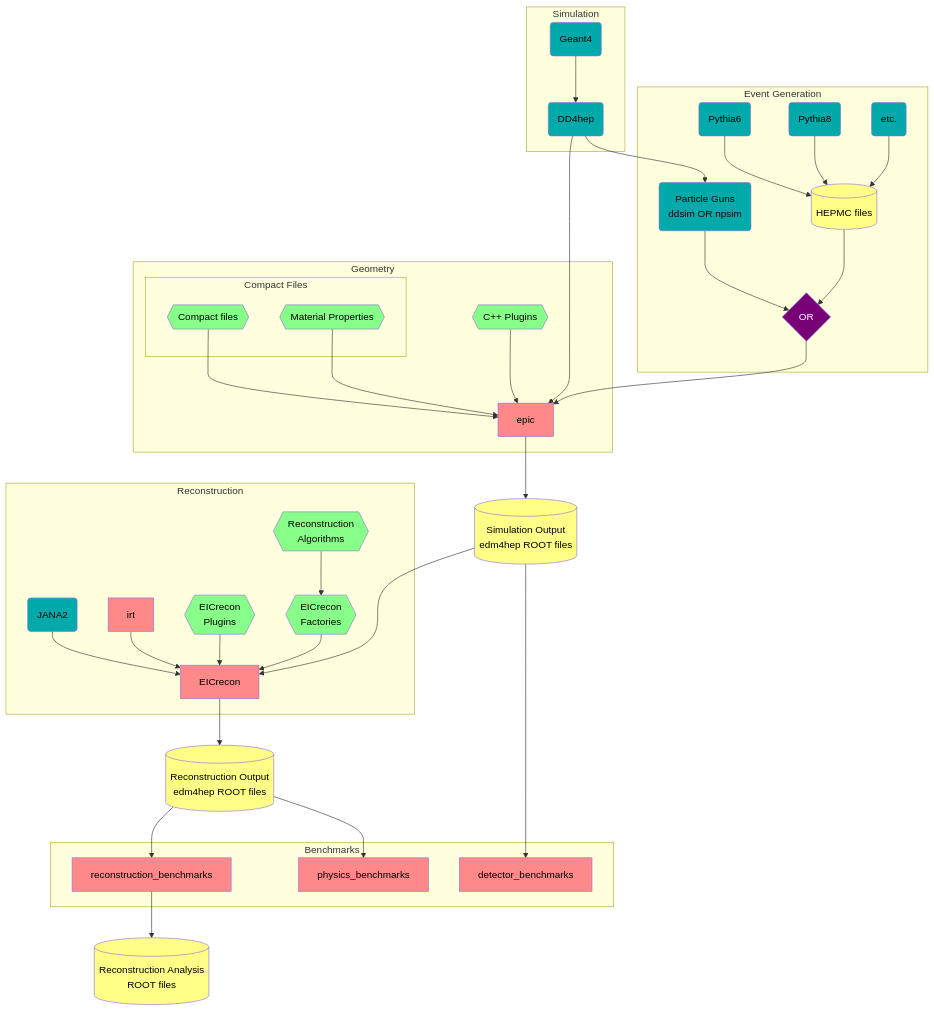
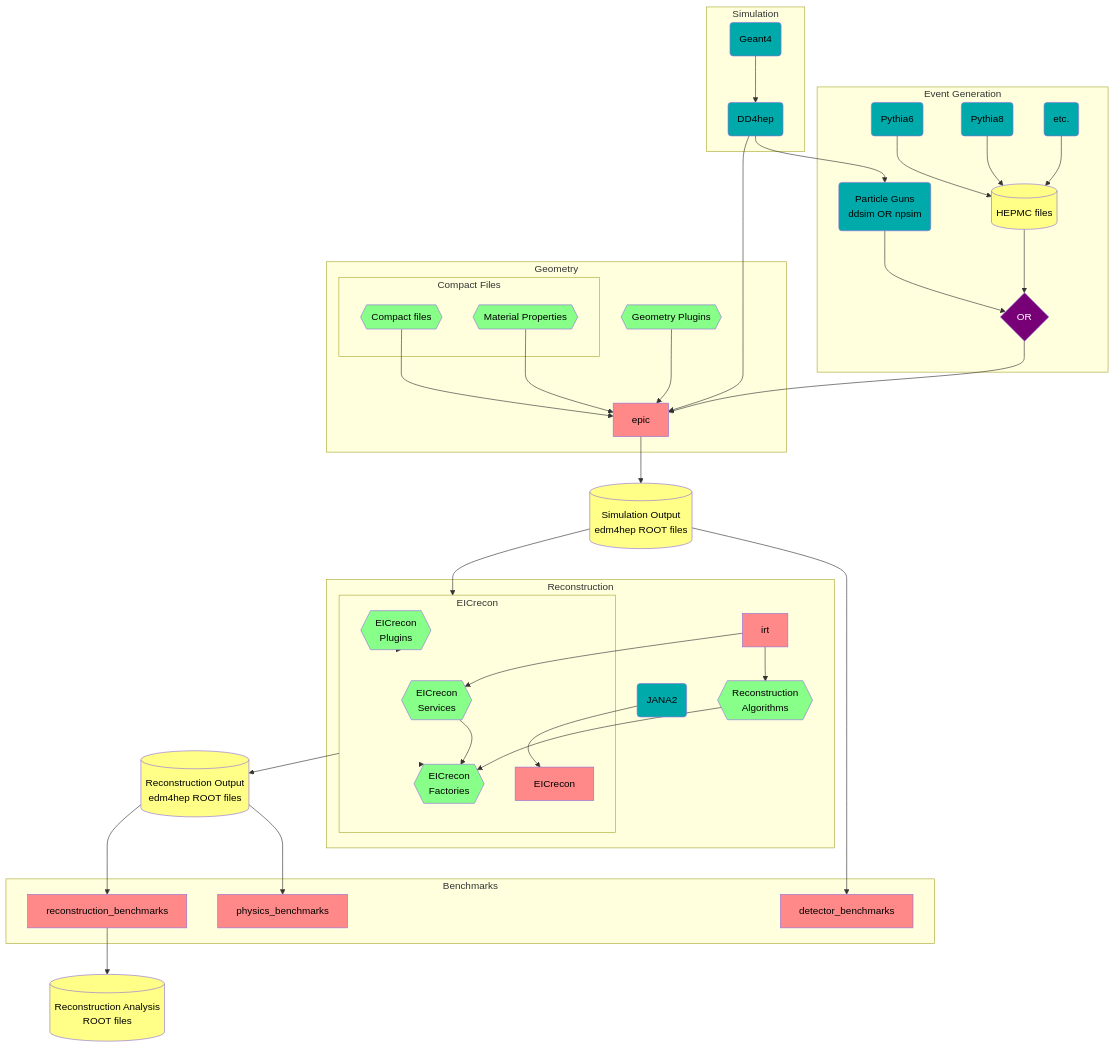
The third of 3 diagrams in README.md (eic/drich-dev), drawn with Mermaid before and after one commit.

Commit message:
modified:   README.md

````diff
--- a/README.md
+++ b/README.md
@@ -228,73 +228,78 @@
 ```mermaid
 flowchart TB
   classDef epic fill:#ff8888,color:black
   classDef dep fill:#00aaaa,color:black
   classDef obj fill:#88ff88,color:black
   classDef data fill:#ffff88,color:black
   classDef op fill:#770077,color:white
 
   subgraph Event Generation
     Pythia6(Pythia6):::dep
     Pythia8(Pythia8):::dep
     OtherGen(etc.):::dep
     Hepmc[(HEPMC files)]:::data
     Gun(Particle Guns<br/>ddsim OR npsim):::dep
     GenOR{OR}:::op
   end
   Pythia6  --> Hepmc
   Pythia8  --> Hepmc
   OtherGen --> Hepmc
   Hepmc    --> GenOR
   Gun      --> GenOR
 
   subgraph Simulation
     DD4hep(DD4hep):::dep
     Geant(Geant4):::dep
   end
   Geant --> DD4hep
 
   subgraph Geometry
     Epic[epic]:::epic
     subgraph Compact Files
       DDCompact{{Compact files}}:::obj
       DDMat{{Material Properties}}:::obj
     end
-    DDPlugin{{C++ Plugins}}:::obj
+    DDPlugin{{Geometry Plugins}}:::obj
   end
   SimOut[(Simulation Output<br/>edm4hep ROOT files)]:::data
   DD4hep    --> Gun
   GenOR     --> Epic
   DD4hep    --> Epic
   DDCompact --> Epic
   DDPlugin  --> Epic
   DDMat     --> Epic
   Epic      --> SimOut
 
   subgraph Reconstruction
     JANA(JANA2):::dep
     IRT[irt]:::epic
-    RecoPlugins{{EICrecon<br/>Plugins}}:::obj
-    RecoFactories{{EICrecon<br/>Factories}}:::obj
-    EICrecon[EICrecon]:::epic
     RecoAlgorithms{{Reconstruction<br/>Algorithms}}:::obj
+    subgraph EICrecon
+      EICreconPlugins{{EICrecon<br/>Plugins}}:::obj
+      EICreconFactories{{EICrecon<br/>Factories}}:::obj
+      EICreconServices{{EICrecon<br/>Services}}:::obj
+      EICreconRepo[EICrecon]:::epic
+    end
   end
   RecOut[(Reconstruction Output<br/>edm4hep ROOT files)]:::data
-  SimOut         ---> EICrecon
-  JANA           -->  EICrecon
-  IRT            -->  EICrecon
-  RecoPlugins    -->  EICrecon
-  RecoAlgorithms -->  RecoFactories
-  RecoFactories  -->  EICrecon
-  EICrecon       -->  RecOut
+  SimOut            ---> EICrecon
+  JANA              -->  EICreconRepo
+  IRT               -->  EICreconServices
+  IRT               -->  RecoAlgorithms
+  EICreconServices  -->  EICreconFactories
+  RecoAlgorithms    -->  EICreconFactories
+  EICreconPlugins   -->  EICrecon
+  EICreconFactories -->  EICrecon
+  EICrecon          -->  RecOut
 
   subgraph Benchmarks
     PhysicsBenchmarks[physics_benchmarks]:::epic
     DetectorBenchmarks[detector_benchmarks]:::epic
     ReconstructionBenchmarks[reconstruction_benchmarks]:::epic
   end
   AnaOut[(Reconstruction Analysis<br/>ROOT files)]:::data
   SimOut --> DetectorBenchmarks
   RecOut --> PhysicsBenchmarks
   RecOut --> ReconstructionBenchmarks --> AnaOut
 
 ```
````
